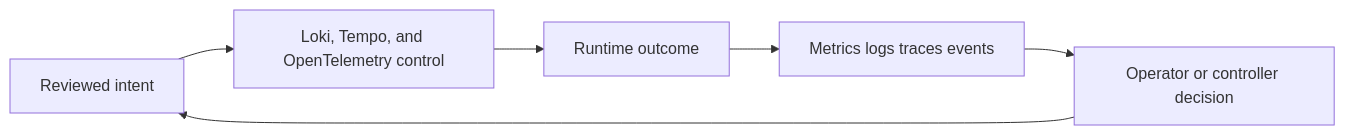
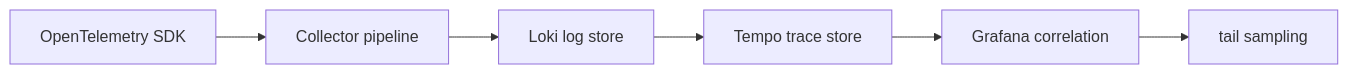
Before and after one commit to m1mohamad/devops-sre-prep: the diagram in docs/study/observability/03-loki-tempo-and-opentelemetry.md, drawn with Mermaid. The commit also changed other lines of this file and 61 other files, not shown here.

Commit message:
Replace generic architecture and study templates

````diff
--- a/docs/study/observability/03-loki-tempo-and-opentelemetry.md
+++ b/docs/study/observability/03-loki-tempo-and-opentelemetry.md
@@ -20,8 +15,4 @@
 ```mermaid
 flowchart LR
-  Intent[Reviewed intent] --> Control[Loki, Tempo, and OpenTelemetry control]
-  Control --> Runtime[Runtime outcome]
-  Runtime --> Signals[Metrics logs traces events]
-  Signals --> Decision[Operator or controller decision]
-  Decision --> Intent
+  N0[OpenTelemetry SDK] --> N1[Collector pipeline] --> N2[Loki log store] --> N3[Tempo trace store] --> N4[Grafana correlation] --> N5[tail sampling]
 ```
````
